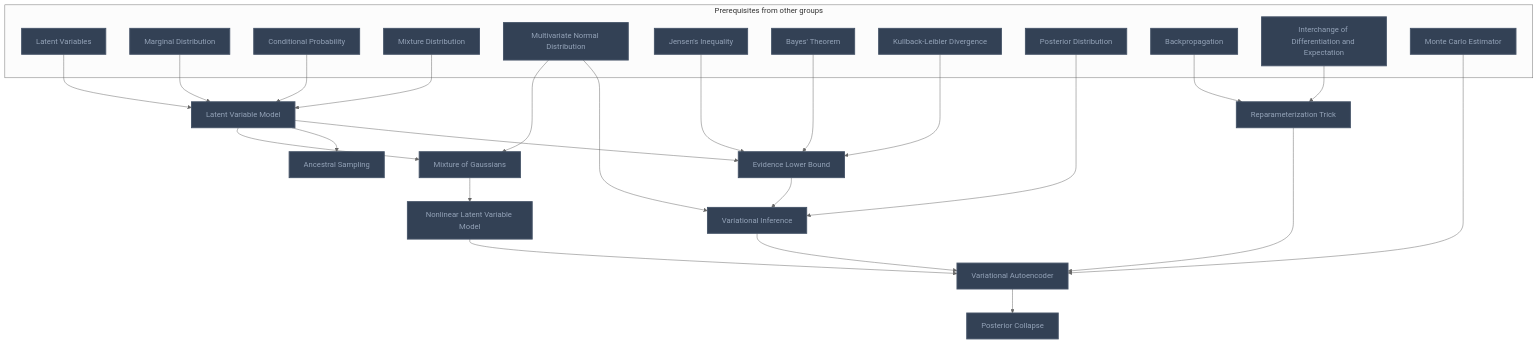
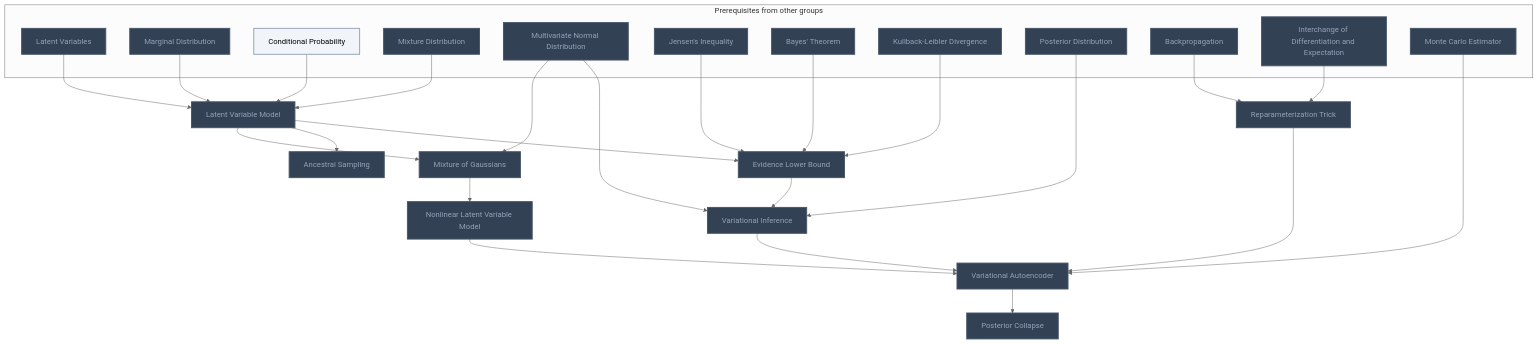
One commit to MRauf1/My-Notes changed diagram 16 of 21 in Gamification/Skill Trees/Deep Learning.md. Above: the diagram before and after it, drawn with Mermaid (neutral theme). The commit also changed other lines of this file and 42 other files, not shown here.

````diff
--- a/Gamification/Skill Trees/Deep Learning.md
+++ b/Gamification/Skill Trees/Deep Learning.md
@@ -938,59 +939,60 @@
 ```mermaid
 flowchart TD
     classDef planned fill:#1E293B,stroke:#64748B,stroke-width:2px,stroke-dasharray:5 5,color:#94A3B8;
     classDef locked fill:#334155,stroke:#475569,stroke-width:2px,color:#94A3B8;
     classDef L0 fill:#F1F5F9,stroke:#94A3B8,stroke-width:2px,color:#000000;
     classDef L1 fill:#22C55E,stroke:#15803D,stroke-width:2px,color:#000000;
     classDef L2 fill:#3B82F6,stroke:#1D4ED8,stroke-width:3px,color:#FFFFFF;
     classDef L3 fill:#A855F7,stroke:#6B21A8,stroke-width:3px,color:#FFFFFF,font-weight:bold;
     classDef L4 fill:#F97316,stroke:#C2410C,stroke-width:4px,color:#000000,font-weight:bold;
     classDef L5 fill:#FFD700,stroke:#FF8C00,stroke-width:5px,color:#000000,font-weight:bold;
     classDef rusty stroke:#8B4513,stroke-width:4px,stroke-dasharray:3 3;
     subgraph sg_prereqs["Prerequisites from other groups"]
         n_latent_variables["Latent Variables"]
         n_marginal_distribution["Marginal Distribution"]
         n_conditional_probability["Conditional Probability"]
         n_mixture_distribution["Mixture Distribution"]
         n_multivariate_normal_distribution["Multivariate Normal Distribution"]
         n_jensen_s_inequality["Jensen's Inequality"]
         n_bayes_theorem["Bayes' Theorem"]
         n_kullback_leibler_divergence["Kullback-Leibler Divergence"]
         n_posterior_distribution["Posterior Distribution"]
         n_backpropagation["Backpropagation"]
         n_interchange_of_differentiation_and_expectation["Interchange of Differentiation and Expectation"]
         n_monte_carlo_estimator["Monte Carlo Estimator"]
     end
     n_latent_variable_model["Latent Variable Model"]
     n_mixture_of_gaussians["Mixture of Gaussians"]
     n_nonlinear_latent_variable_model["Nonlinear Latent Variable Model"]
     n_ancestral_sampling["Ancestral Sampling"]
     n_evidence_lower_bound["Evidence Lower Bound"]
     n_variational_inference["Variational Inference"]
     n_reparameterization_trick["Reparameterization Trick"]
     n_variational_autoencoder["Variational Autoencoder"]
     n_posterior_collapse["Posterior Collapse"]
     n_latent_variables --> n_latent_variable_model
     n_marginal_distribution --> n_latent_variable_model
     n_conditional_probability --> n_latent_variable_model
     n_mixture_distribution --> n_latent_variable_model
     n_latent_variable_model --> n_mixture_of_gaussians
     n_multivariate_normal_distribution --> n_mixture_of_gaussians
     n_mixture_of_gaussians --> n_nonlinear_latent_variable_model
     n_latent_variable_model --> n_ancestral_sampling
     n_latent_variable_model --> n_evidence_lower_bound
     n_jensen_s_inequality --> n_evidence_lower_bound
     n_bayes_theorem --> n_evidence_lower_bound
     n_kullback_leibler_divergence --> n_evidence_lower_bound
     n_posterior_distribution --> n_variational_inference
     n_evidence_lower_bound --> n_variational_inference
     n_multivariate_normal_distribution --> n_variational_inference
     n_backpropagation --> n_reparameterization_trick
     n_interchange_of_differentiation_and_expectation --> n_reparameterization_trick
     n_nonlinear_latent_variable_model --> n_variational_autoencoder
     n_variational_inference --> n_variational_autoencoder
     n_reparameterization_trick --> n_variational_autoencoder
     n_monte_carlo_estimator --> n_variational_autoencoder
     n_variational_autoencoder --> n_posterior_collapse
-    class n_latent_variables,n_marginal_distribution,n_conditional_probability,n_mixture_distribution,n_multivariate_normal_distribution,n_jensen_s_inequality,n_bayes_theorem,n_kullback_leibler_divergence,n_posterior_distribution,n_backpropagation,n_interchange_of_differentiation_and_expectation,n_monte_carlo_estimator,n_latent_variable_model,n_mixture_of_gaussians,n_nonlinear_latent_variable_model,n_ancestral_sampling,n_evidence_lower_bound,n_variational_inference,n_reparameterization_trick,n_variational_autoencoder,n_posterior_collapse locked;
+    class n_latent_variables,n_marginal_distribution,n_mixture_distribution,n_multivariate_normal_distribution,n_jensen_s_inequality,n_bayes_theorem,n_kullback_leibler_divergence,n_posterior_distribution,n_backpropagation,n_interchange_of_differentiation_and_expectation,n_monte_carlo_estimator,n_latent_variable_model,n_mixture_of_gaussians,n_nonlinear_latent_variable_model,n_ancestral_sampling,n_evidence_lower_bound,n_variational_inference,n_reparameterization_trick,n_variational_autoencoder,n_posterior_collapse locked;
+    class n_conditional_probability L0;
     class n_latent_variables,n_marginal_distribution,n_conditional_probability,n_mixture_distribution,n_multivariate_normal_distribution,n_jensen_s_inequality,n_bayes_theorem,n_kullback_leibler_divergence,n_posterior_distribution,n_backpropagation,n_interchange_of_differentiation_and_expectation,n_monte_carlo_estimator,n_latent_variable_model,n_mixture_of_gaussians,n_nonlinear_latent_variable_model,n_ancestral_sampling,n_evidence_lower_bound,n_variational_inference,n_reparameterization_trick,n_variational_autoencoder,n_posterior_collapse internal-link;
 ```
````
